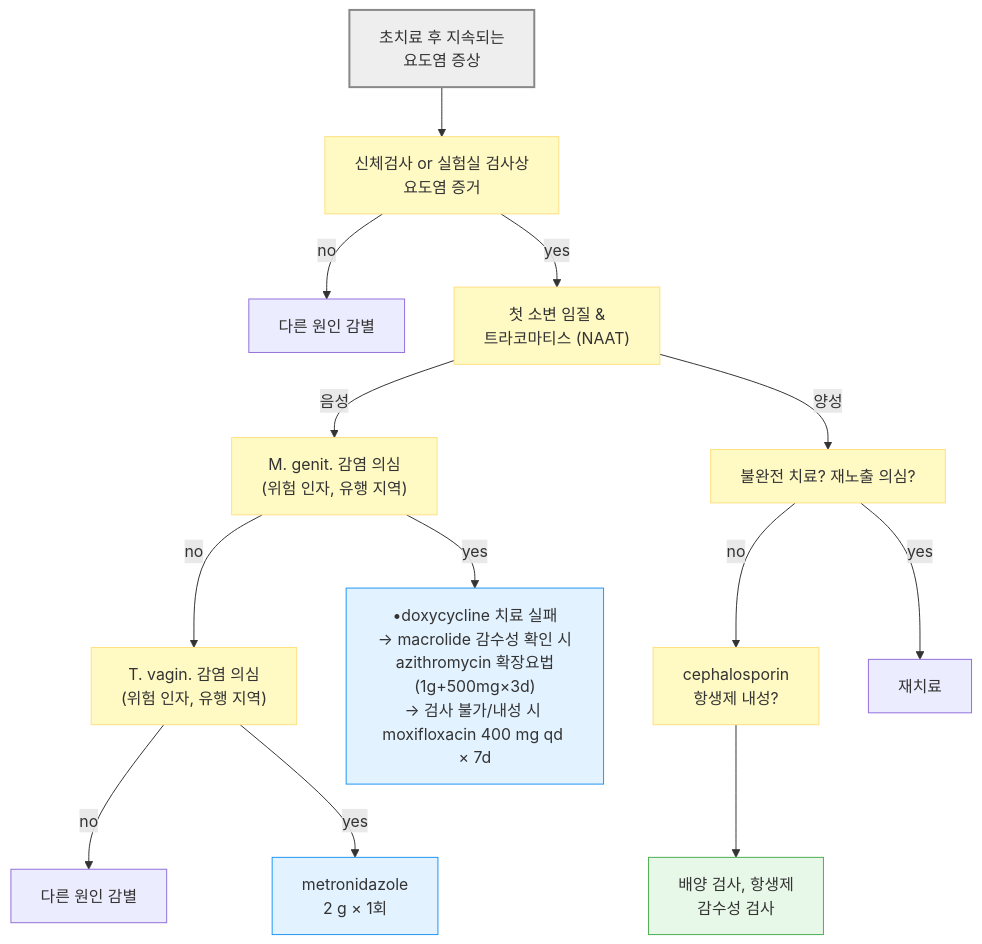
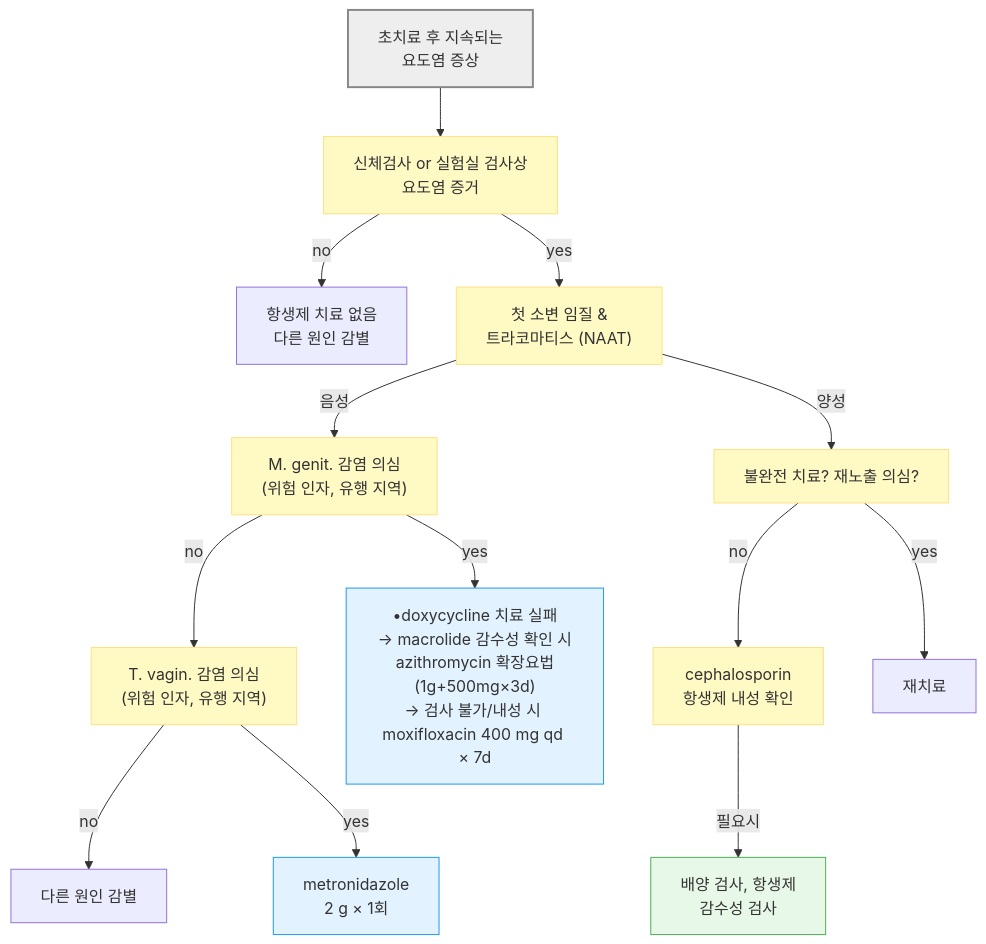
One commit to familyoh77/familyoh77 changed the diagram in 227_/115_-urethritis.md. Above: the diagram before and after it, drawn with Mermaid. The commit also changed other lines of this file and 3 other files, not shown here.

````diff
--- a/227_/115_-urethritis.md
+++ b/227_/115_-urethritis.md
@@ -141,24 +141,23 @@
 ```mermaid
 flowchart TD
     Start["초치료 후 지속되는 <br/>요도염 증상"] 
 --> A["신체검사 or 실험실 검사상 <br/>요도염 증거"]
-    A -- no --> B["다른 원인 감별"]
+    A -- no --> B["항생제 치료 없음<br>다른 원인 감별"]
     A -- yes --> C["첫 소변 임질 & <br/>트라코마티스 (NAAT)"]
     C -- 음성 --> D["M. genit. 감염 의심<br>(위험 인자, 유행 지역)"]
     C -- 양성 --> E["불완전 치료? 재노출 의심?"]
     D -- no --> F["T. vagin. 감염 의심<br>(위험 인자, 유행 지역)"]
     D -- yes --> G["•doxycycline 치료 실패<br>→ macrolide 감수성 확인 시<br/>azithromycin 확장요법<br/>(1g+500mg×3d)<br>→ 검사 불가/내성 시 <br/>moxifloxacin 400 mg qd × 7d"]
     F -- no --> H["다른 원인 감별"]
     F -- yes --> I["metronidazole<br>2 g × 1회"]
-    E -- no --> J["cephalosporin<br>항생제 내성?"]
+    E -- no --> J["cephalosporin<br>항생제 내성 확인"]
     E -- yes --> K["재치료"]
-    J --> L["배양 검사, 항생제<br>감수성 검사"]
-
+    J -- 필요시 --> L["배양 검사, 항생제<br>감수성 검사"]
 style Start fill:#eeeeee,stroke:#888888,stroke-width:2px
 classDef yellow fill:#fff9c4,stroke:#ffe082
 class A,C,E,D,F,J yellow
 classDef sky fill:#e3f2ff,stroke:#2196f3
 class G,I sky
 style L fill:#e8f8e8,stroke:#4caf50
 
 ```
````
